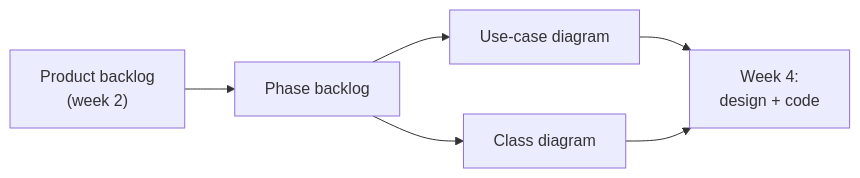
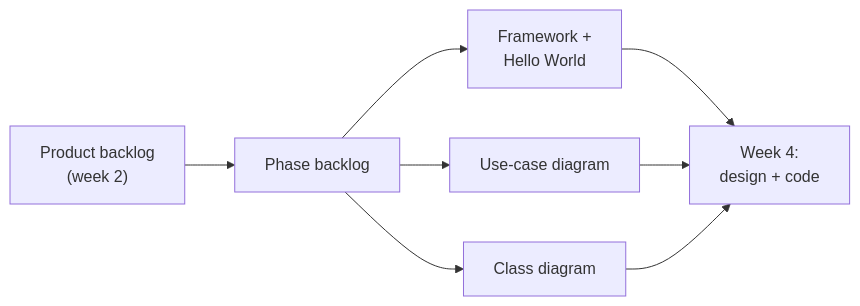
One commit to udayRage/integratedExercisrForSoftwareEngineering changed the first of 3 diagrams in week-3/README.md. Above: the diagram before and after it, drawn with Mermaid. The commit also changed other lines of this file and 2 other files, not shown here.

````diff
--- a/week-3/README.md
+++ b/week-3/README.md
@@ -12,8 +13,10 @@
 ```mermaid
 flowchart LR
     PB["Product backlog<br/>(week 2)"] --> PH["Phase backlog"]
     PH --> UC["Use-case diagram"]
     PH --> CL["Class diagram"]
+    PH --> FW["Framework +<br/>Hello World"]
+    FW --> W4
     UC --> W4["Week 4:<br/>design + code"]
     CL --> W4
 ```
````
